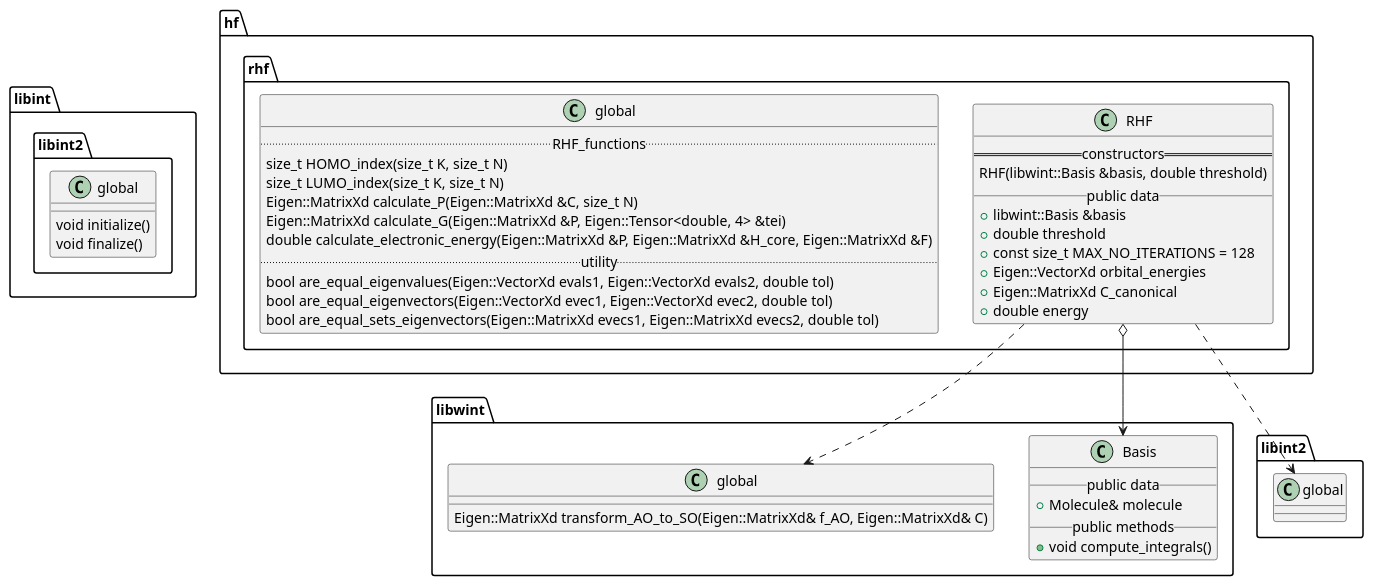
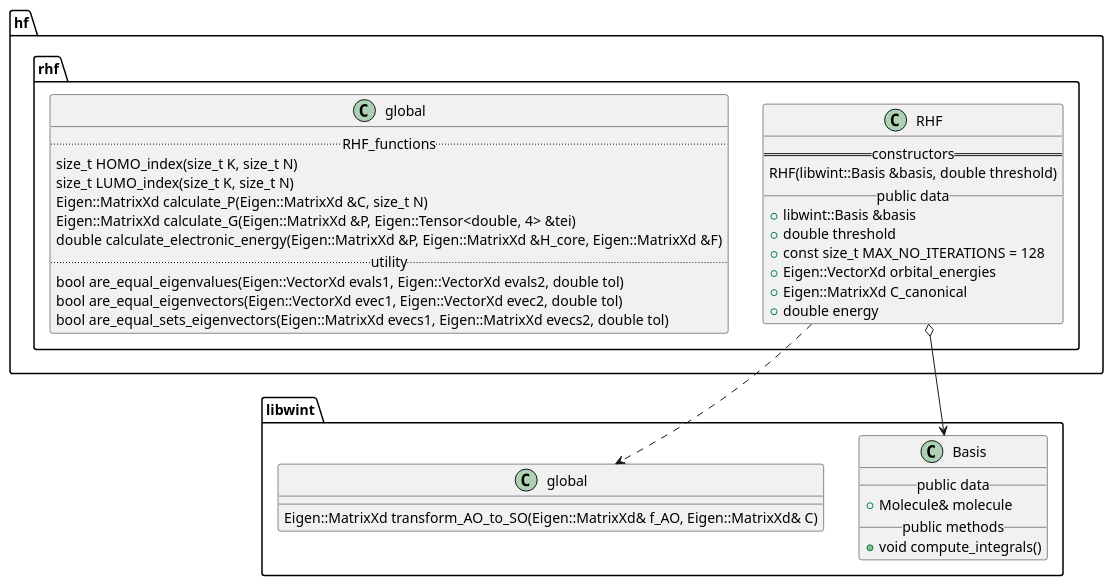
One commit to tmhuysen/hf changed the diagram in docs/hf.puml. Above: the diagram before and after it, drawn with PlantUML.

Commit message:
The libint dependency can be moved to libwint.

```diff
--- a/docs/hf.puml
+++ b/docs/hf.puml
@@ -1,72 +1,58 @@
 @startuml
-
-
-package libint {
-    namespace libint2 {
-        class global {
-            void initialize()
-            void finalize()
-        }
-    }
-
-}
-
-
 
 
 namespace libwint {
 
     class Basis {
         __ public data __
             + Molecule& molecule
         __ public methods __
             + void compute_integrals()
     }
 
 
     class global {
         Eigen::MatrixXd transform_AO_to_SO(Eigen::MatrixXd& f_AO, Eigen::MatrixXd& C)
     }
 
 }
 
 
 namespace hf {
     namespace rhf {
 
         class RHF {
             == constructors ==
                 RHF(libwint::Basis &basis, double threshold)
             __ public data __
                 + libwint::Basis &basis
                 + double threshold
                 + const size_t MAX_NO_ITERATIONS = 128
                 + Eigen::VectorXd orbital_energies
                 + Eigen::MatrixXd C_canonical
                 + double energy
         }
 
         class global {
             .. RHF_functions ..
                 size_t HOMO_index(size_t K, size_t N)
                 size_t LUMO_index(size_t K, size_t N)
                 Eigen::MatrixXd calculate_P(Eigen::MatrixXd &C, size_t N)
                 Eigen::MatrixXd calculate_G(Eigen::MatrixXd &P, Eigen::Tensor<double, 4> &tei)
                 double calculate_electronic_energy(Eigen::MatrixXd &P, Eigen::MatrixXd &H_core, Eigen::MatrixXd &F)
             .. utility ..
                 bool are_equal_eigenvalues(Eigen::VectorXd evals1, Eigen::VectorXd evals2, double tol)
                 bool are_equal_eigenvectors(Eigen::VectorXd evec1, Eigen::VectorXd evec2, double tol)
                 bool are_equal_sets_eigenvectors(Eigen::MatrixXd evecs1, Eigen::MatrixXd evecs2, double tol)
         }
 
     }
 }
 
 
 
 hf.rhf.RHF o--> libwint.Basis
 
-hf.rhf.RHF ..> libint2.global
 hf.rhf.RHF ..> libwint.global
 
 @enduml
```
